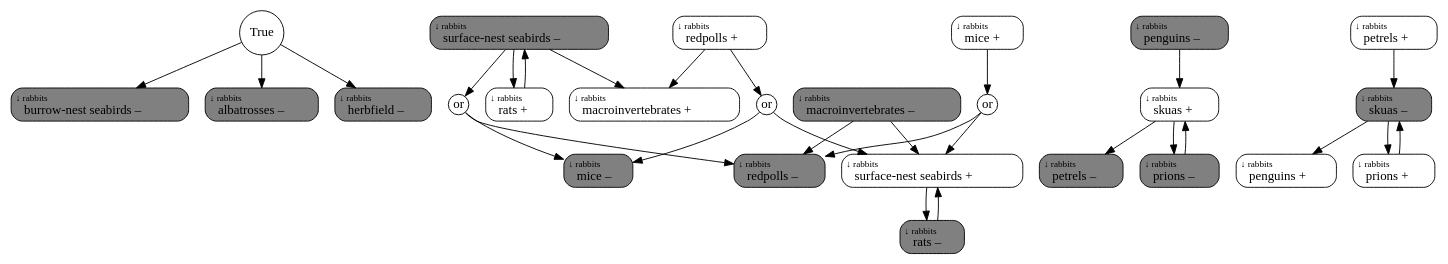
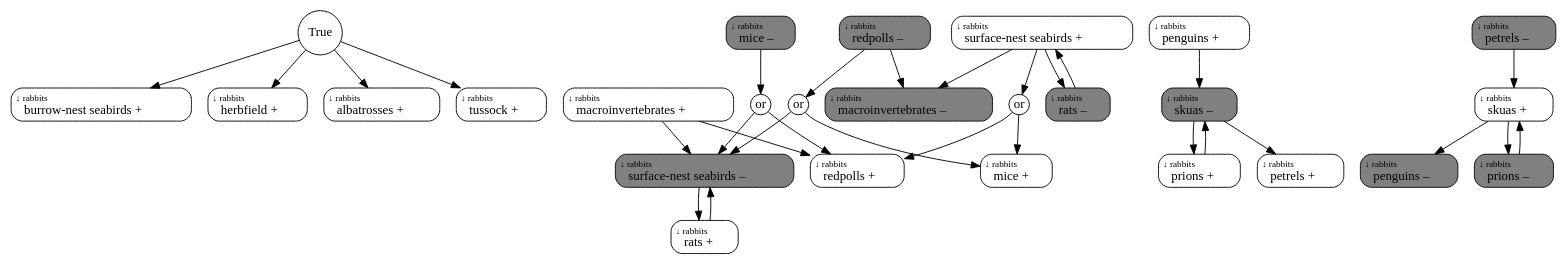
The diagram in tutorials/uniques_web1_rabbits_pcus.dot (nadiahpk/qualitative-modelling), drawn with Graphviz before and after one commit. The commit also changed 12 other files, not shown here.

Commit message:
Change scenario Tute 2 to match main figure

```diff
--- a/tutorials/uniques_web1_rabbits_pcus.dot
+++ b/tutorials/uniques_web1_rabbits_pcus.dot
@@ -1,61 +1,63 @@
 digraph {
 
 	node[style="rounded,filled", width=0, margin=0];
 
 
 	True [shape = circle;fillcolor = white;];
-	negrabbits_burrowSeabirds [shape = box;fillcolor = gray;label = < <font point-size="10">&darr; rabbits</font><br align="left"/> &nbsp; &nbsp; burrow-nest seabirds &#8210; >;];
-	negrabbits_albatrosses [shape = box;fillcolor = gray;label = < <font point-size="10">&darr; rabbits</font><br align="left"/> &nbsp; &nbsp; albatrosses &#8210; >;];
-	negrabbits_herbfield [shape = box;fillcolor = gray;label = < <font point-size="10">&darr; rabbits</font><br align="left"/> &nbsp; &nbsp; herbfield &#8210; >;];
+	posrabbits_burrowSeabirds [shape = box;fillcolor = white;label = < <font point-size="10">&darr; rabbits</font><br align="left"/> &nbsp; &nbsp; burrow-nest seabirds + >;];
+	posrabbits_herbfield [shape = box;fillcolor = white;label = < <font point-size="10">&darr; rabbits</font><br align="left"/> &nbsp; &nbsp; herbfield + >;];
+	posrabbits_albatrosses [shape = box;fillcolor = white;label = < <font point-size="10">&darr; rabbits</font><br align="left"/> &nbsp; &nbsp; albatrosses + >;];
+	posrabbits_tussock [shape = box;fillcolor = white;label = < <font point-size="10">&darr; rabbits</font><br align="left"/> &nbsp; &nbsp; tussock + >;];
 	negrabbits_surfaceSeabirds [shape = box;fillcolor = gray;label = < <font point-size="10">&darr; rabbits</font><br align="left"/> &nbsp; &nbsp; surface-nest seabirds &#8210; >;];
 	posrabbits_rats [shape = box;fillcolor = white;label = < <font point-size="10">&darr; rabbits</font><br align="left"/> &nbsp; &nbsp; rats + >;];
 	negrabbits_rats [shape = box;fillcolor = gray;label = < <font point-size="10">&darr; rabbits</font><br align="left"/> &nbsp; &nbsp; rats &#8210; >;];
 	posrabbits_surfaceSeabirds [shape = box;fillcolor = white;label = < <font point-size="10">&darr; rabbits</font><br align="left"/> &nbsp; &nbsp; surface-nest seabirds + >;];
+	posrabbits_penguins [shape = box;fillcolor = white;label = < <font point-size="10">&darr; rabbits</font><br align="left"/> &nbsp; &nbsp; penguins + >;];
+	negrabbits_skuas [shape = box;fillcolor = gray;label = < <font point-size="10">&darr; rabbits</font><br align="left"/> &nbsp; &nbsp; skuas &#8210; >;];
+	posrabbits_skuas [shape = box;fillcolor = white;label = < <font point-size="10">&darr; rabbits</font><br align="left"/> &nbsp; &nbsp; skuas + >;];
 	negrabbits_penguins [shape = box;fillcolor = gray;label = < <font point-size="10">&darr; rabbits</font><br align="left"/> &nbsp; &nbsp; penguins &#8210; >;];
-	posrabbits_skuas [shape = box;fillcolor = white;label = < <font point-size="10">&darr; rabbits</font><br align="left"/> &nbsp; &nbsp; skuas + >;];
-	negrabbits_skuas [shape = box;fillcolor = gray;label = < <font point-size="10">&darr; rabbits</font><br align="left"/> &nbsp; &nbsp; skuas &#8210; >;];
-	posrabbits_penguins [shape = box;fillcolor = white;label = < <font point-size="10">&darr; rabbits</font><br align="left"/> &nbsp; &nbsp; penguins + >;];
+	posrabbits_macroInverts [shape = box;fillcolor = white;label = < <font point-size="10">&darr; rabbits</font><br align="left"/> &nbsp; &nbsp; macroinvertebrates + >;];
+	posrabbits_redpolls [shape = box;fillcolor = white;label = < <font point-size="10">&darr; rabbits</font><br align="left"/> &nbsp; &nbsp; redpolls + >;];
+	negrabbits_redpolls [shape = box;fillcolor = gray;label = < <font point-size="10">&darr; rabbits</font><br align="left"/> &nbsp; &nbsp; redpolls &#8210; >;];
 	negrabbits_macroInverts [shape = box;fillcolor = gray;label = < <font point-size="10">&darr; rabbits</font><br align="left"/> &nbsp; &nbsp; macroinvertebrates &#8210; >;];
-	negrabbits_redpolls [shape = box;fillcolor = gray;label = < <font point-size="10">&darr; rabbits</font><br align="left"/> &nbsp; &nbsp; redpolls &#8210; >;];
-	posrabbits_redpolls [shape = box;fillcolor = white;label = < <font point-size="10">&darr; rabbits</font><br align="left"/> &nbsp; &nbsp; redpolls + >;];
-	posrabbits_macroInverts [shape = box;fillcolor = white;label = < <font point-size="10">&darr; rabbits</font><br align="left"/> &nbsp; &nbsp; macroinvertebrates + >;];
+	posrabbits_prions [shape = box;fillcolor = white;label = < <font point-size="10">&darr; rabbits</font><br align="left"/> &nbsp; &nbsp; prions + >;];
+	negrabbits_prions [shape = box;fillcolor = gray;label = < <font point-size="10">&darr; rabbits</font><br align="left"/> &nbsp; &nbsp; prions &#8210; >;];
 	negrabbits_petrels [shape = box;fillcolor = gray;label = < <font point-size="10">&darr; rabbits</font><br align="left"/> &nbsp; &nbsp; petrels &#8210; >;];
 	posrabbits_petrels [shape = box;fillcolor = white;label = < <font point-size="10">&darr; rabbits</font><br align="left"/> &nbsp; &nbsp; petrels + >;];
-	posrabbits_prions [shape = box;fillcolor = white;label = < <font point-size="10">&darr; rabbits</font><br align="left"/> &nbsp; &nbsp; prions + >;];
-	negrabbits_prions [shape = box;fillcolor = gray;label = < <font point-size="10">&darr; rabbits</font><br align="left"/> &nbsp; &nbsp; prions &#8210; >;];
+	negrabbits_mice [shape = box;fillcolor = gray;label = < <font point-size="10">&darr; rabbits</font><br align="left"/> &nbsp; &nbsp; mice &#8210; >;];
 	or0 [shape = circle;fillcolor = white;label = or;];
-	negrabbits_mice [shape = box;fillcolor = gray;label = < <font point-size="10">&darr; rabbits</font><br align="left"/> &nbsp; &nbsp; mice &#8210; >;];
 	or1 [shape = circle;fillcolor = white;label = or;];
 	posrabbits_mice [shape = box;fillcolor = white;label = < <font point-size="10">&darr; rabbits</font><br align="left"/> &nbsp; &nbsp; mice + >;];
 	or2 [shape = circle;fillcolor = white;label = or;];
 
-True->negrabbits_burrowSeabirds;
-True->negrabbits_albatrosses;
-True->negrabbits_herbfield;
+True->posrabbits_burrowSeabirds;
+True->posrabbits_herbfield;
+True->posrabbits_albatrosses;
+True->posrabbits_tussock;
 negrabbits_surfaceSeabirds->posrabbits_rats;
-negrabbits_surfaceSeabirds->posrabbits_macroInverts;
-negrabbits_surfaceSeabirds->or1;
 posrabbits_rats->negrabbits_surfaceSeabirds;
 negrabbits_rats->posrabbits_surfaceSeabirds;
+posrabbits_surfaceSeabirds->negrabbits_macroInverts;
 posrabbits_surfaceSeabirds->negrabbits_rats;
-negrabbits_penguins->posrabbits_skuas;
-posrabbits_skuas->negrabbits_petrels;
+posrabbits_surfaceSeabirds->or1;
+posrabbits_penguins->negrabbits_skuas;
+negrabbits_skuas->posrabbits_prions;
+negrabbits_skuas->posrabbits_petrels;
+posrabbits_skuas->negrabbits_penguins;
 posrabbits_skuas->negrabbits_prions;
-negrabbits_skuas->posrabbits_penguins;
-negrabbits_skuas->posrabbits_prions;
-negrabbits_macroInverts->negrabbits_redpolls;
-negrabbits_macroInverts->posrabbits_surfaceSeabirds;
-posrabbits_redpolls->posrabbits_macroInverts;
-posrabbits_redpolls->or0;
-posrabbits_petrels->negrabbits_skuas;
+posrabbits_macroInverts->posrabbits_redpolls;
+posrabbits_macroInverts->negrabbits_surfaceSeabirds;
+negrabbits_redpolls->negrabbits_macroInverts;
+negrabbits_redpolls->or2;
 posrabbits_prions->negrabbits_skuas;
 negrabbits_prions->posrabbits_skuas;
-or0->posrabbits_surfaceSeabirds;
-or0->negrabbits_mice;
-or1->negrabbits_redpolls;
-or1->negrabbits_mice;
-posrabbits_mice->or2;
-or2->negrabbits_redpolls;
-or2->posrabbits_surfaceSeabirds;
+negrabbits_petrels->posrabbits_skuas;
+negrabbits_mice->or0;
+or0->negrabbits_surfaceSeabirds;
+or0->posrabbits_redpolls;
+or1->posrabbits_mice;
+or1->posrabbits_redpolls;
+or2->posrabbits_mice;
+or2->negrabbits_surfaceSeabirds;
 
 }
```
